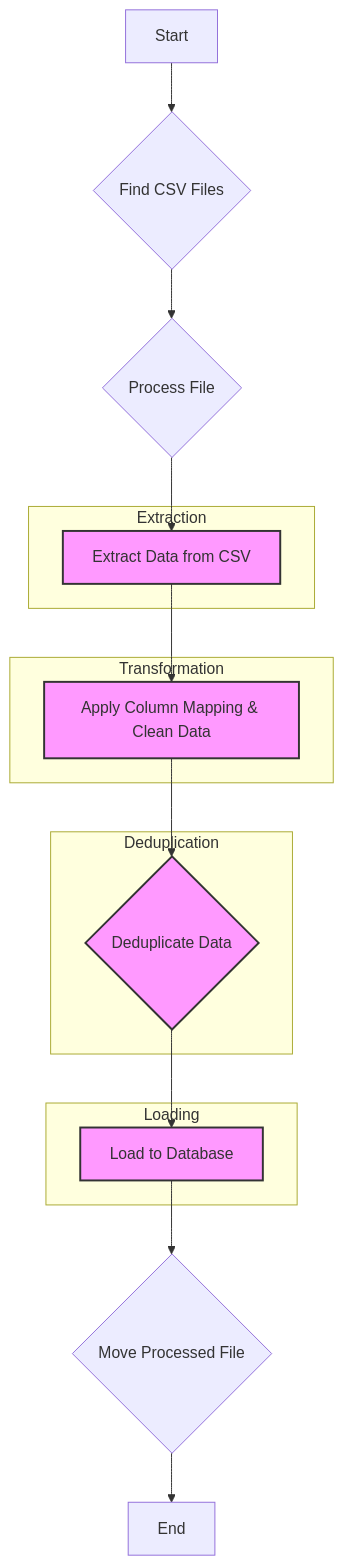
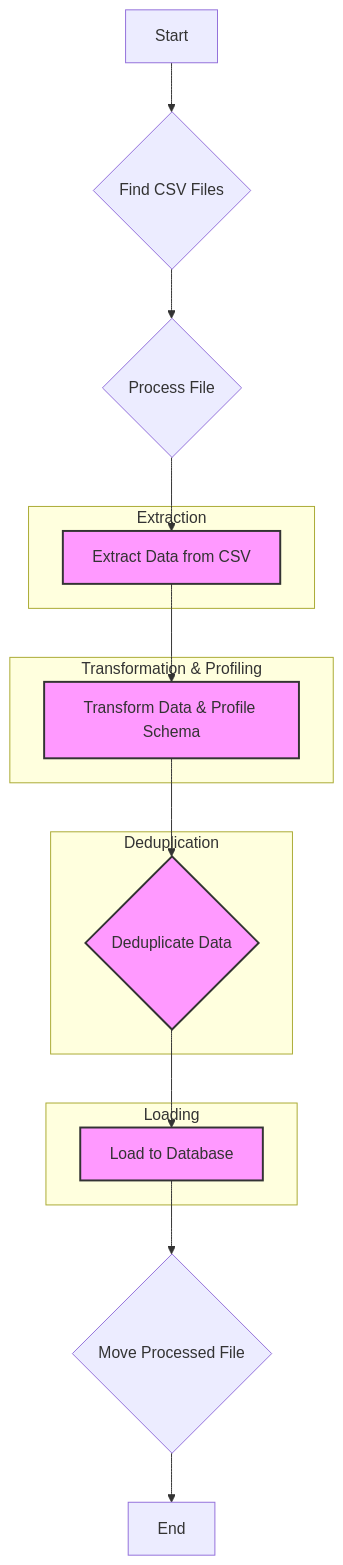
One commit to EmiliosRichards/master_contact changed the diagram in ETL_ARCHITECTURE.md. Above: the diagram before and after it, drawn with Mermaid. The commit also changed other lines of this file and 2 other files, not shown here.

````diff
--- a/ETL_ARCHITECTURE.md
+++ b/ETL_ARCHITECTURE.md
@@ -13,32 +13,32 @@
 ```mermaid
 graph TD
     A[Start] --> B{Find CSV Files};
     B --> C{Process File};
     C --> D[Extract Data from CSV];
-    D --> E[Transform Data];
+    D --> E[Transform Data & Profile Schema];
     E --> F{Deduplicate Data};
     F --> G[Load to Database];
     G --> H{Move Processed File};
     H --> I[End];
 
     subgraph "Extraction"
         D
     end
 
-    subgraph "Transformation"
-        E[Apply Column Mapping & Clean Data]
+    subgraph "Transformation & Profiling"
+        E
     end
 
     subgraph "Deduplication"
         F
     end
 
     subgraph "Loading"
         G
     end
 
     style D fill:#f9f,stroke:#333,stroke-width:2px
     style E fill:#f9f,stroke:#333,stroke-width:2px
     style F fill:#f9f,stroke:#333,stroke-width:2px
     style G fill:#f9f,stroke:#333,stroke-width:2px
 ```
````
